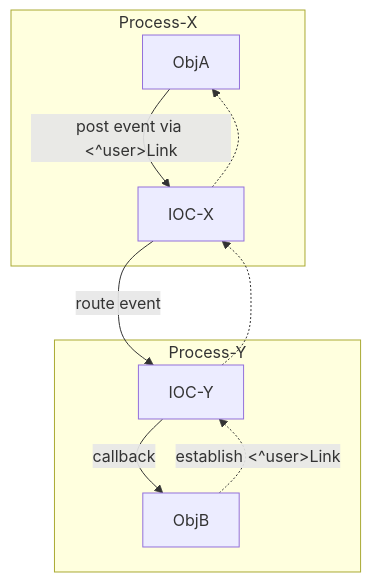
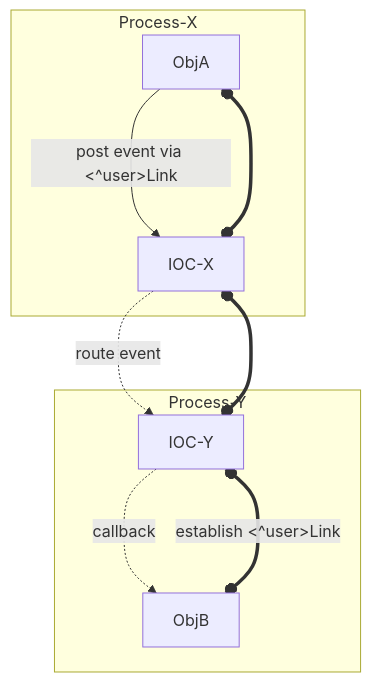
Before and after one commit to EnigmaWU/MyIOC_inTDD_withGHC: diagram 17 of 17 in README_UseCase.md, drawn with Mermaid. The commit also changed other lines of this file, not shown here.

Commit message:
Refactor README_UseCase.md to improve Category-B User Case-01/02

````diff
--- a/README_UseCase.md
+++ b/README_UseCase.md
@@ -338,11 +338,11 @@
 ```mermaid
 flowchart
 subgraph Process-X
     ObjA --> |post event via <^user>Link| IOC-X
 end
 subgraph Process-Y
-    ObjB -.-> |establish <^user>Link| IOC-Y -.-> IOC-X -.-> ObjA
-    IOC-X --> |route event| IOC-Y
-    IOC-Y --> |callback| ObjB
+    ObjB o===o |establish <^user>Link| IOC-Y o==o IOC-X o===o ObjA
+    IOC-X -.-> |route event| IOC-Y
+    IOC-Y -.-> |callback| ObjB
 end
 ```
````
